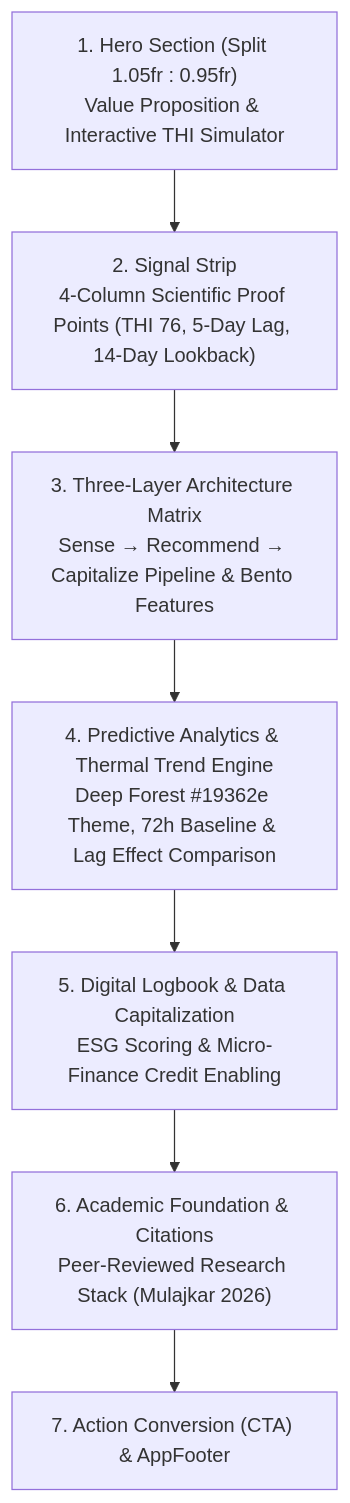
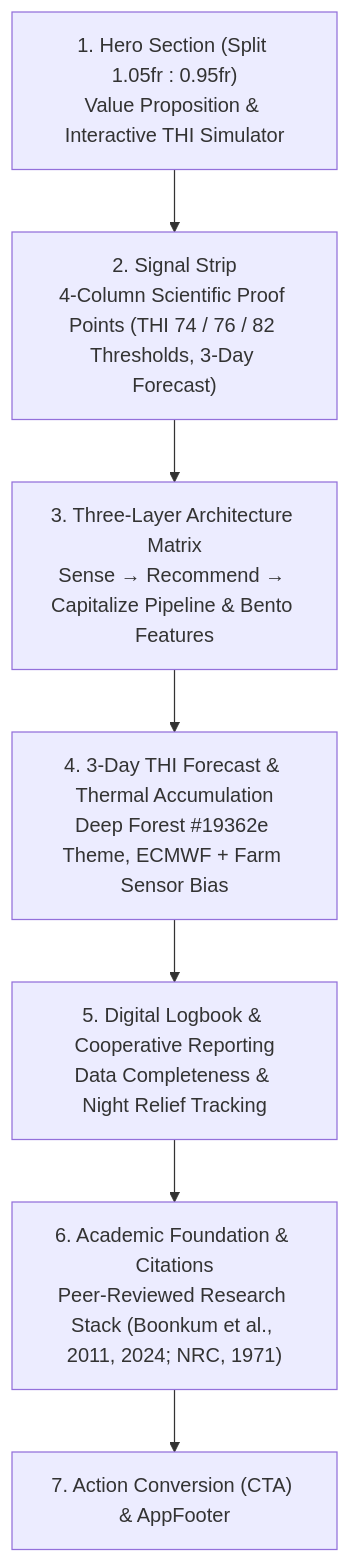
The diagram in docs/DESIGN_ANALYSIS_INDEX.md (peetph22-ship-it/Cow_detect), drawn with Mermaid before and after one commit. The commit also changed other lines of this file and 13 other files, not shown here.

````diff
--- a/docs/DESIGN_ANALYSIS_INDEX.md
+++ b/docs/DESIGN_ANALYSIS_INDEX.md
@@ -39,9 +39,9 @@
 ```mermaid
 flowchart TD
-    A["1. Hero Section (Split 1.05fr : 0.95fr)<br/>Value Proposition & Interactive THI Simulator"] --> B["2. Signal Strip<br/>4-Column Scientific Proof Points (THI 76, 5-Day Lag, 14-Day Lookback)"]
+    A["1. Hero Section (Split 1.05fr : 0.95fr)<br/>Value Proposition & Interactive THI Simulator"] --> B["2. Signal Strip<br/>4-Column Scientific Proof Points (THI 74 / 76 / 82 Thresholds, 3-Day Forecast)"]
     B --> C["3. Three-Layer Architecture Matrix<br/>Sense → Recommend → Capitalize Pipeline & Bento Features"]
-    C --> D["4. Predictive Analytics & Thermal Trend Engine<br/>Deep Forest #19362e Theme, 72h Baseline & Lag Effect Comparison"]
-    D --> E["5. Digital Logbook & Data Capitalization<br/>ESG Scoring & Micro-Finance Credit Enabling"]
-    E --> F["6. Academic Foundation & Citations<br/>Peer-Reviewed Research Stack (Mulajkar 2026)"]
+    C --> D["4. 3-Day THI Forecast & Thermal Accumulation<br/>Deep Forest #19362e Theme, ECMWF + Farm Sensor Bias"]
+    D --> E["5. Digital Logbook & Cooperative Reporting<br/>Data Completeness & Night Relief Tracking"]
+    E --> F["6. Academic Foundation & Citations<br/>Peer-Reviewed Research Stack (Boonkum et al., 2011, 2024; NRC, 1971)"]
     F --> G["7. Action Conversion (CTA) & AppFooter"]
 ```
````
